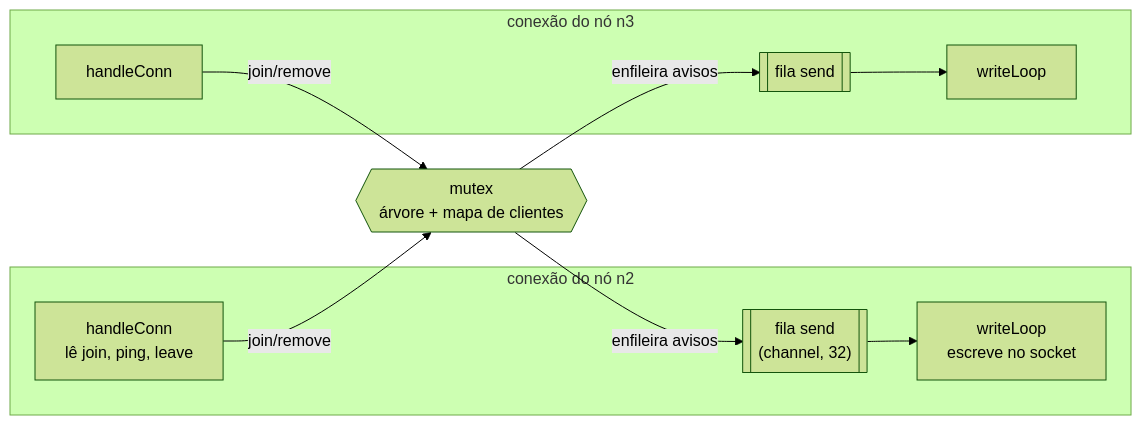
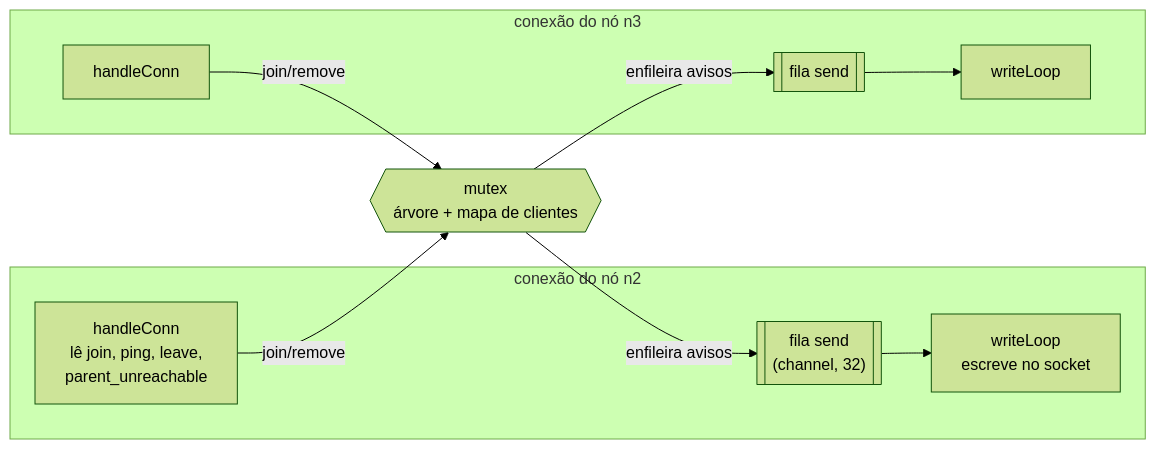
One commit to Soljaa/trabalho_streaming changed the fourth of 4 diagrams in docs/02-arquitetura-do-tracker.md. Above: the diagram before and after it, drawn with Mermaid (forest theme). The commit also changed other lines of this file and 11 other files, not shown here.

First line of the commit message:
Pai inalcançável (parent_unreachable) e arquitetura final

````diff
--- a/docs/02-arquitetura-do-tracker.md
+++ b/docs/02-arquitetura-do-tracker.md
@@ -270,20 +299,20 @@
 ```mermaid
 flowchart LR
     subgraph c1["conexão do nó n2"]
-        R1["handleConn<br/>lê join, ping, leave"]
+        R1["handleConn<br/>lê join, ping, leave,<br/>parent_unreachable"]
         Q1[["fila send<br/>(channel, 32)"]]
         W1["writeLoop<br/>escreve no socket"]
     end
     subgraph c2["conexão do nó n3"]
         R2["handleConn"]
         Q2[["fila send"]]
         W2["writeLoop"]
     end
     M{{"mutex<br/>árvore + mapa de clientes"}}
     R1 -- join/remove --> M
     R2 -- join/remove --> M
     M -- enfileira avisos --> Q1
     M -- enfileira avisos --> Q2
     Q1 --> W1
     Q2 --> W2
 ```
````
